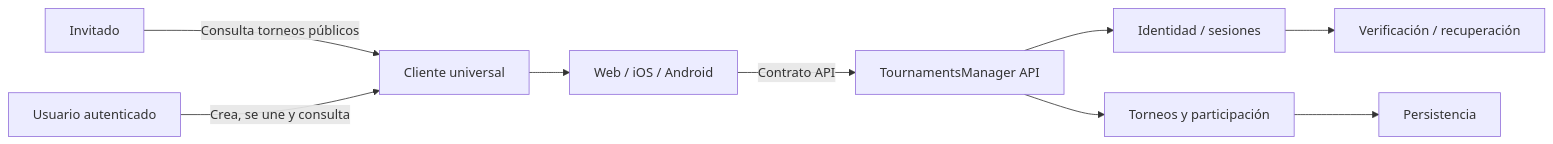
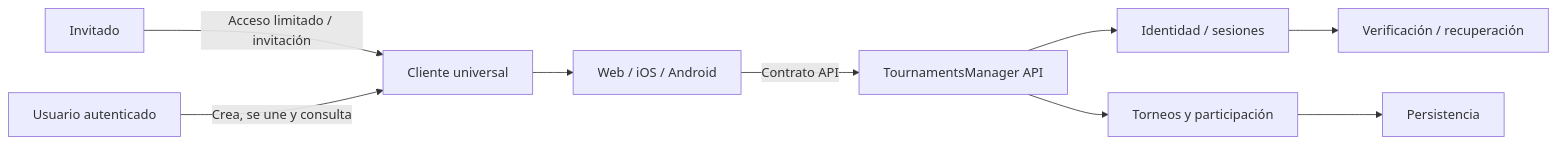
The diagram in docs/diagrams/system-context.md (joseantoniogarciay/TournamentsManager), drawn with Mermaid before and after one commit. The commit also changed other lines of this file and 14 other files, not shown here.

````diff
--- a/docs/diagrams/system-context.md
+++ b/docs/diagrams/system-context.md
@@ -8,12 +8,12 @@
 ```mermaid
 flowchart LR
-    Guest["Invitado"] -->|"Consulta torneos públicos"| Client["Cliente universal"]
+    Guest["Invitado"] -->|"Acceso limitado / invitación"| Client["Cliente universal"]
     User["Usuario autenticado"] -->|"Crea, se une y consulta"| Client
     Client --> Targets["Web / iOS / Android"]
     Targets -->|"Contrato API"| API["TournamentsManager API"]
 
     API --> Identity["Identidad / sesiones"]
     API --> Tournament["Torneos y participación"]
     Tournament --> Data["Persistencia"]
     Identity --> Mail["Verificación / recuperación"]
 ```
````
